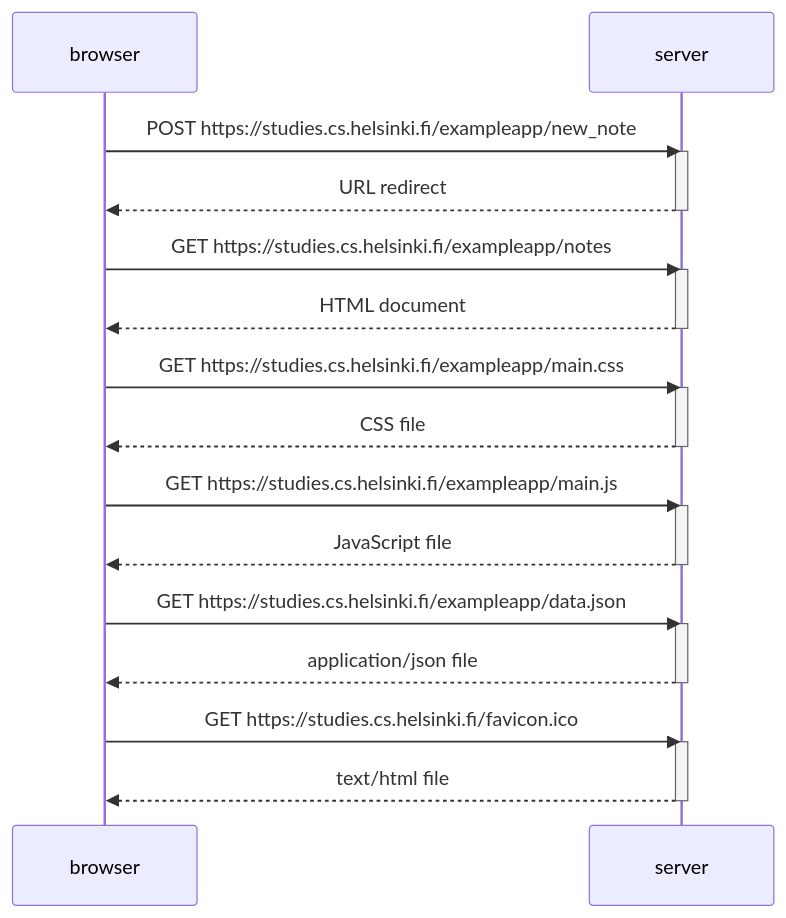
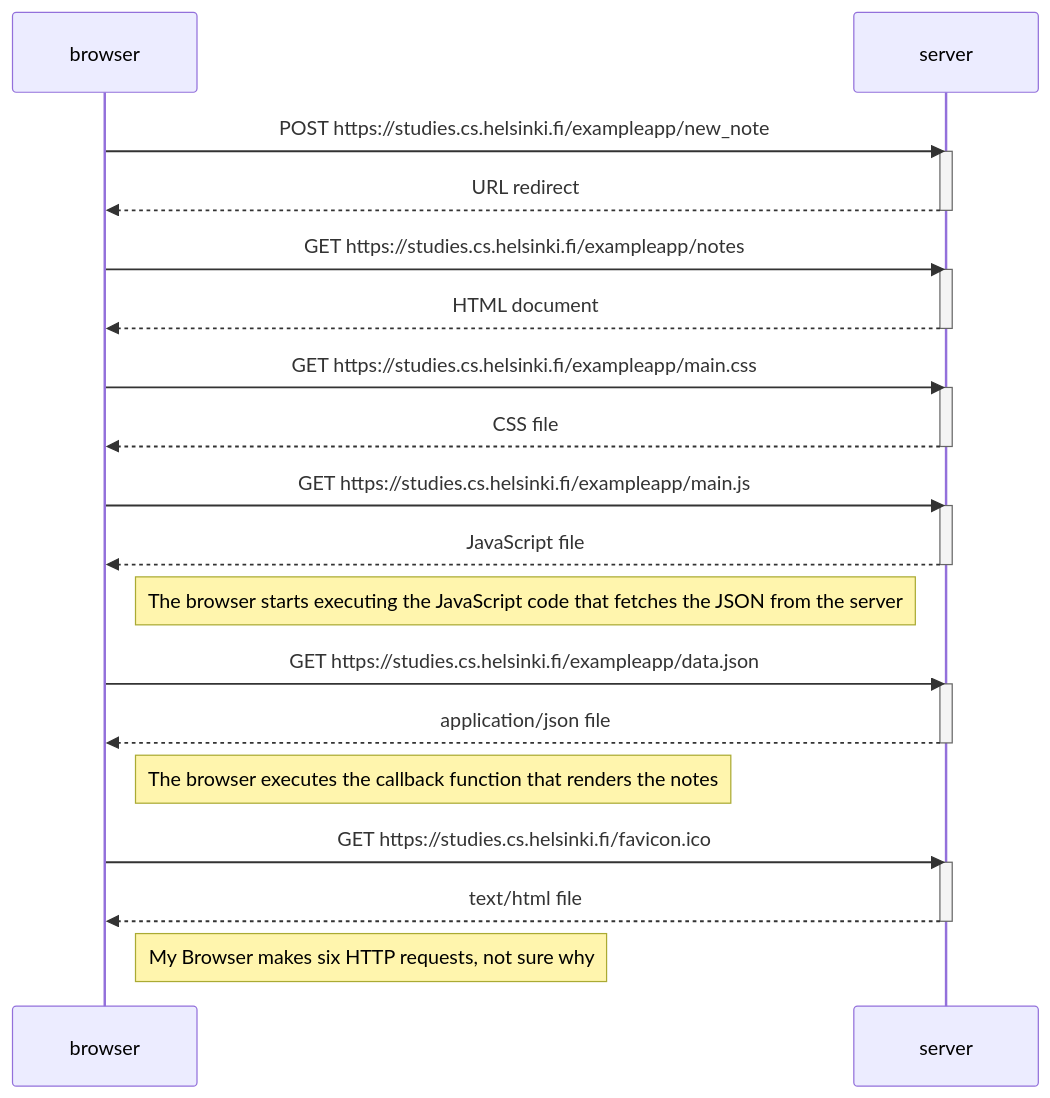
One commit to CodyAc86/Exercise0.1-0.6-Fullstack-Developer-Course changed the diagram in Part_0_Ex_4.md. Above: the diagram before and after it, drawn with Mermaid.

````diff
--- a/Part_0_Ex_4.md
+++ b/Part_0_Ex_4.md
@@ -3,32 +3,38 @@
 ```mermaid
 sequenceDiagram  
   browser->>server: POST https://studies.cs.helsinki.fi/exampleapp/new_note;
   activate server;
   server-->>browser: URL redirect;
   deactivate server;
   
   browser->>server: GET https://studies.cs.helsinki.fi/exampleapp/notes;
   activate server;
   server-->>browser: HTML document;
   deactivate server;
   
   browser->>server: GET https://studies.cs.helsinki.fi/exampleapp/main.css;
   activate server;
   server-->>browser: CSS file;
   deactivate server;
   
   browser->>server: GET https://studies.cs.helsinki.fi/exampleapp/main.js;
   activate server;
   server-->>browser: JavaScript file;
   deactivate server;
   
+  Note right of browser: The browser starts executing the JavaScript code that fetches the JSON from the server;
+ 
   browser->>server: GET https://studies.cs.helsinki.fi/exampleapp/data.json;
   activate server;
   server-->>browser: application/json file;
   deactivate server;
   
+  Note right of browser: The browser executes the callback function that renders the notes;
+  
   browser->>server: GET https://studies.cs.helsinki.fi/favicon.ico;
   activate server;
   server-->>browser: text/html file
   deactivate server;
+  
+  Note right of browser: My Browser makes six HTTP requests, not sure why;
  ``` 
````
